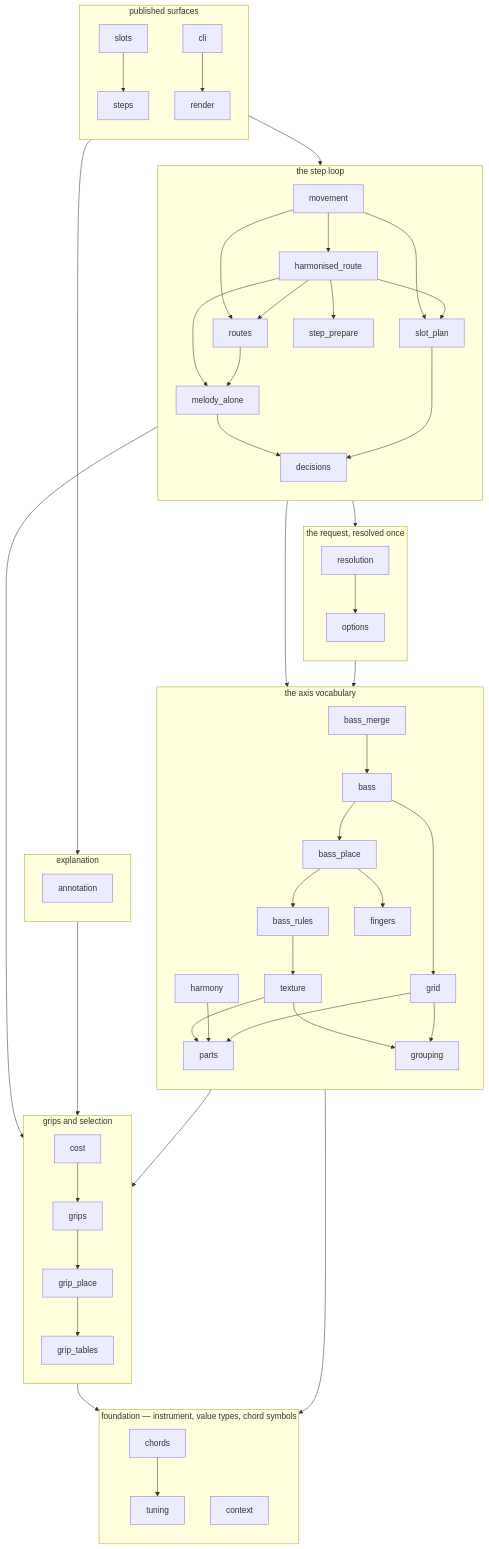
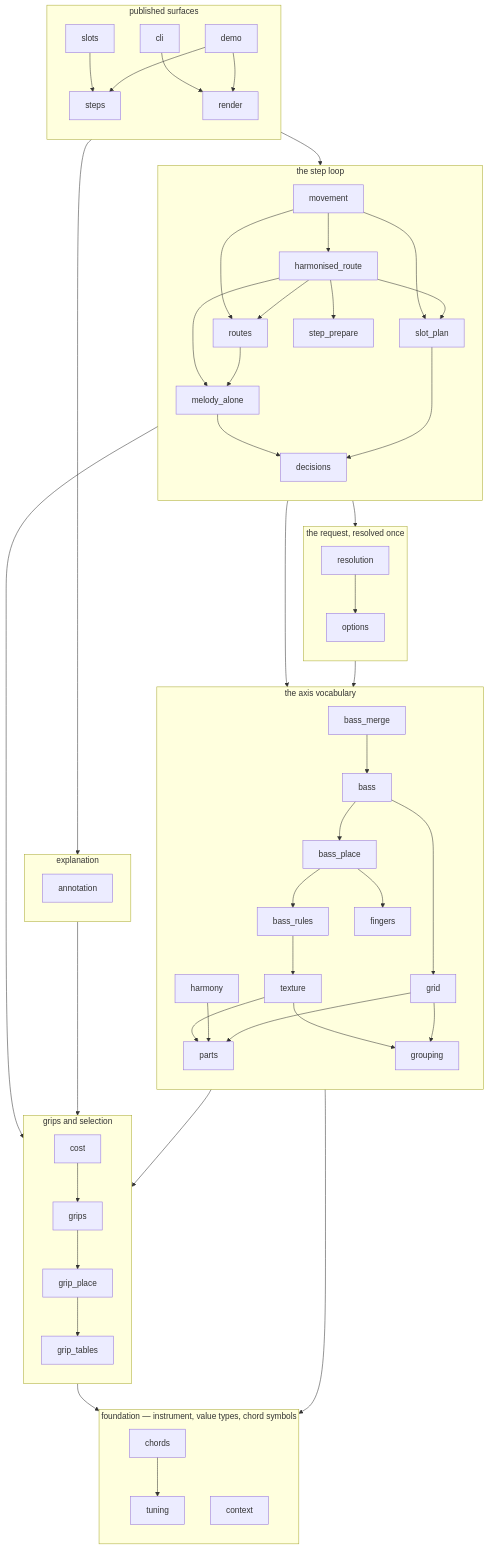
Before and after one commit to jcundill/arranger: the first of 2 diagrams in docs/dependency-dag.md, drawn with Mermaid. The commit also changed other lines of this file and 10 other files, not shown here.

```diff
--- a/docs/dependency-dag.md
+++ b/docs/dependency-dag.md
@@ -33,8 +33,11 @@
         slots["slots"]
         render["render"]
         cli["cli"]
+        demo["demo"]
         slots --> steps
         cli --> render
+        demo --> steps
+        demo --> render
     end
 
     subgraph layer_loop["the step loop"]
```
